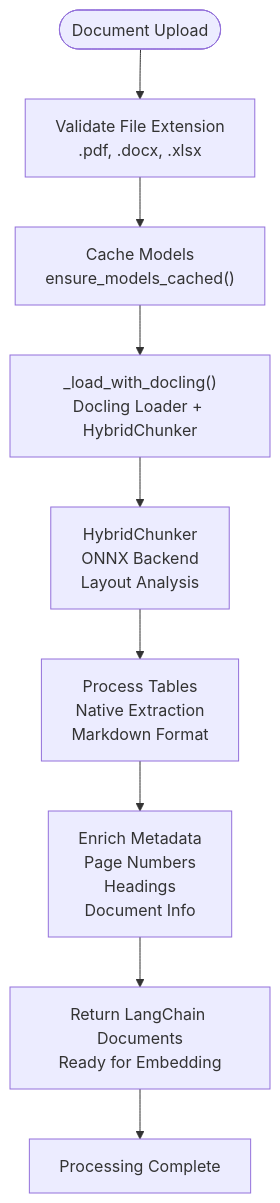
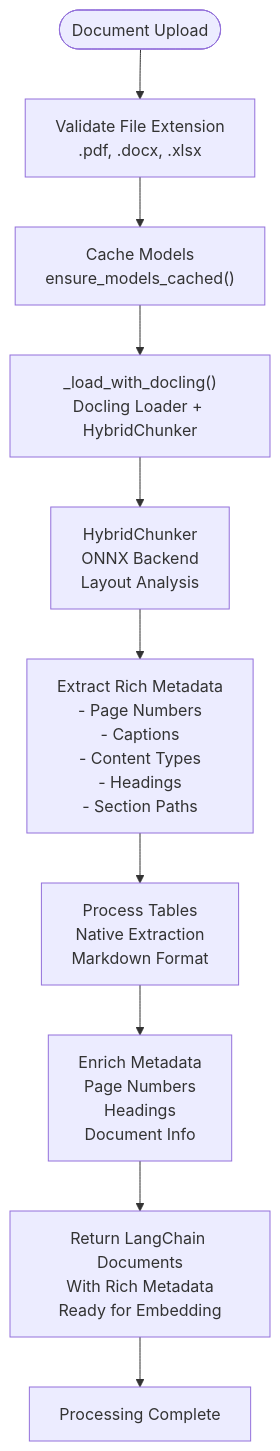
One commit to ognelis/cafetera_hr_bot changed the third of 11 diagrams in .qoder/repowiki/en/content/RAG Integration/RAG Parser Enhancement.md. Above: the diagram before and after it, drawn with Mermaid. The commit also changed other lines of this file and 13 other files, not shown here.

````diff
--- a/.qoder/repowiki/en/content/RAG Integration/RAG Parser Enhancement.md
+++ b/.qoder/repowiki/en/content/RAG Integration/RAG Parser Enhancement.md
@@ -193,11 +229,12 @@
 ```mermaid
 flowchart TD
 Start(["Document Upload"]) --> Validate["Validate File Extension<br/>.pdf, .docx, .xlsx"]
 Validate --> CacheModels["Cache Models<br/>ensure_models_cached()"]
 CacheModels --> LoadDocling["_load_with_docling()<br/>Docling Loader + HybridChunker"]
 LoadDocling --> HybridChunker["HybridChunker<br/>ONNX Backend<br/>Layout Analysis"]
-HybridChunker --> ProcessTables["Process Tables<br/>Native Extraction<br/>Markdown Format"]
+HybridChunker --> ExtractMetadata["Extract Rich Metadata<br/>- Page Numbers<br/>- Captions<br/>- Content Types<br/>- Headings<br/>- Section Paths"]
+ExtractMetadata --> ProcessTables["Process Tables<br/>Native Extraction<br/>Markdown Format"]
 ProcessTables --> EnrichMetadata["Enrich Metadata<br/>Page Numbers<br/>Headings<br/>Document Info"]
-EnrichMetadata --> ReturnDocs["Return LangChain Documents<br/>Ready for Embedding"]
+EnrichMetadata --> ReturnDocs["Return LangChain Documents<br/>With Rich Metadata<br/>Ready for Embedding"]
 ReturnDocs --> Complete["Processing Complete"]
 ```
````
